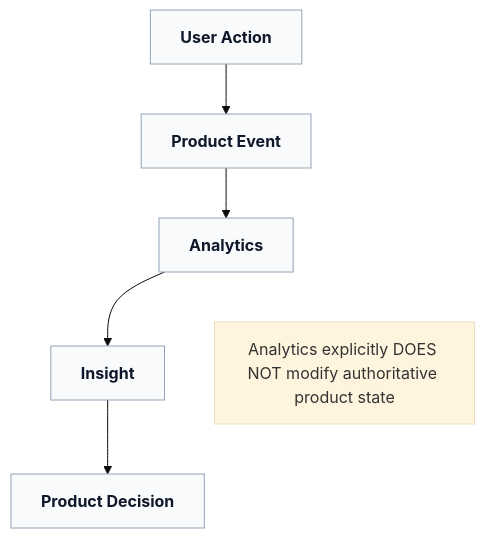
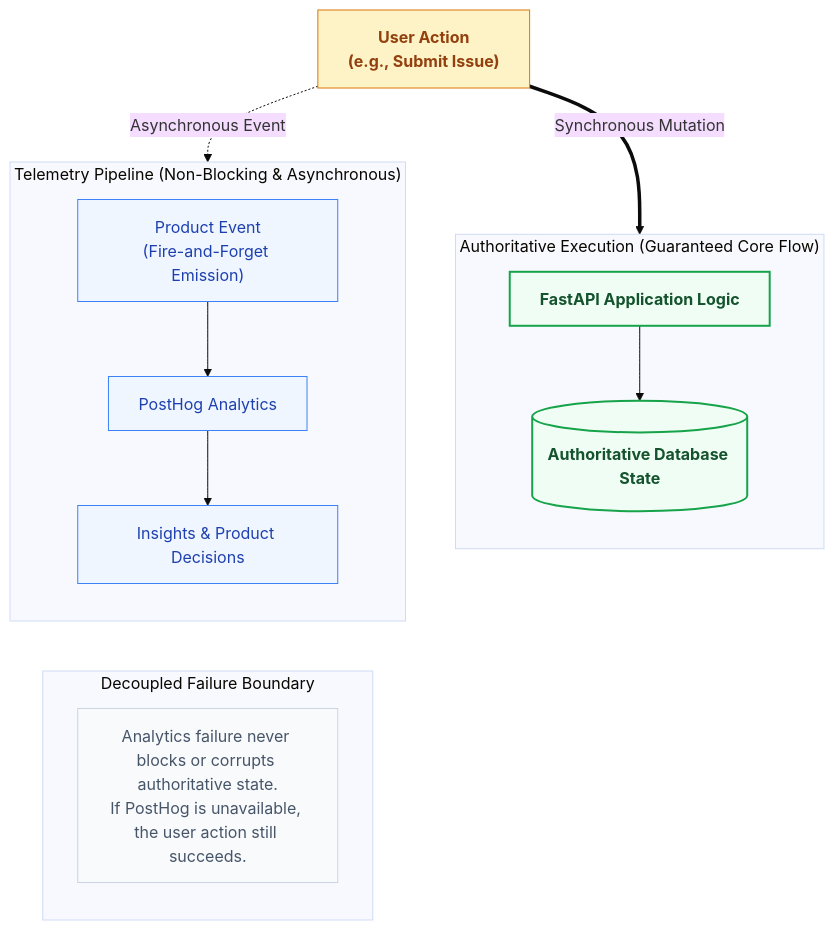
The second of 5 diagrams in docs/architecture/13-Analytics-Observability.md (davidalbertstark-lab/Lenar), drawn with Mermaid (base theme) before and after one commit. The commit also changed other lines of this file and 28 other files, not shown here.

Commit message:
docs: system-wide diagram redesign for first-instance comprehension

````diff
--- a/docs/architecture/13-Analytics-Observability.md
+++ b/docs/architecture/13-Analytics-Observability.md
@@ -98,21 +92,30 @@
 ```mermaid
 flowchart TD
-    classDef step fill:#f8fafc,stroke:#94a3b8,stroke-width:1px,color:#0f172a,font-weight:bold
-    classDef note fill:none,stroke:none,font-style:italic,color:#334155
+    classDef user fill:#fef3c7,stroke:#d97706,stroke-width:1px,color:#92400e,font-weight:bold
+    classDef auth fill:#f0fdf4,stroke:#16a34a,stroke-width:2px,color:#14532d,font-weight:bold
+    classDef analytics fill:#eff6ff,stroke:#3b82f6,stroke-width:1px,color:#1e40af
+    classDef boundary fill:#f8fafc,stroke:#cbd5e1,stroke-width:1px,color:#475569
 
-    UA[User Action]
-    PE[Product Event]
-    A[Analytics]
-    I[Insight]
-    PD[Product Decision]
+    UA["User Action<br/>(e.g., Submit Issue)"]:::user
 
-    UA --> PE
-    PE --> A
-    A --> I
-    I --> PD
-    
-    N["Analytics explicitly DOES NOT modify authoritative product state"]
-    A ~~~ N
+    subgraph AuthoritativePath ["Authoritative Execution (Guaranteed Core Flow)"]
+        direction TB
+        APP["FastAPI Application Logic"]:::auth --> DB[("Authoritative Database State")]:::auth
+    end
 
-    class UA,PE,A,I,PD step;
+    subgraph AnalyticsPath ["Telemetry Pipeline (Non-Blocking & Asynchronous)"]
+        direction TB
+        PE["Product Event<br/>(Fire-and-Forget Emission)"]:::analytics --> PH["PostHog Analytics"]:::analytics
+        PH --> INS["Insights & Product Decisions"]:::analytics
+    end
+
+    UA ==>|Synchronous Mutation| APP
+    UA -.->|Asynchronous Event| PE
+
+    subgraph IsolationPrinciple ["Decoupled Failure Boundary"]
+        direction TB
+        ISO["Analytics failure never blocks or corrupts authoritative state.<br/>If PostHog is unavailable, the user action still succeeds."]:::boundary
+    end
+
+    AnalyticsPath ~~~ IsolationPrinciple
 ```
````
